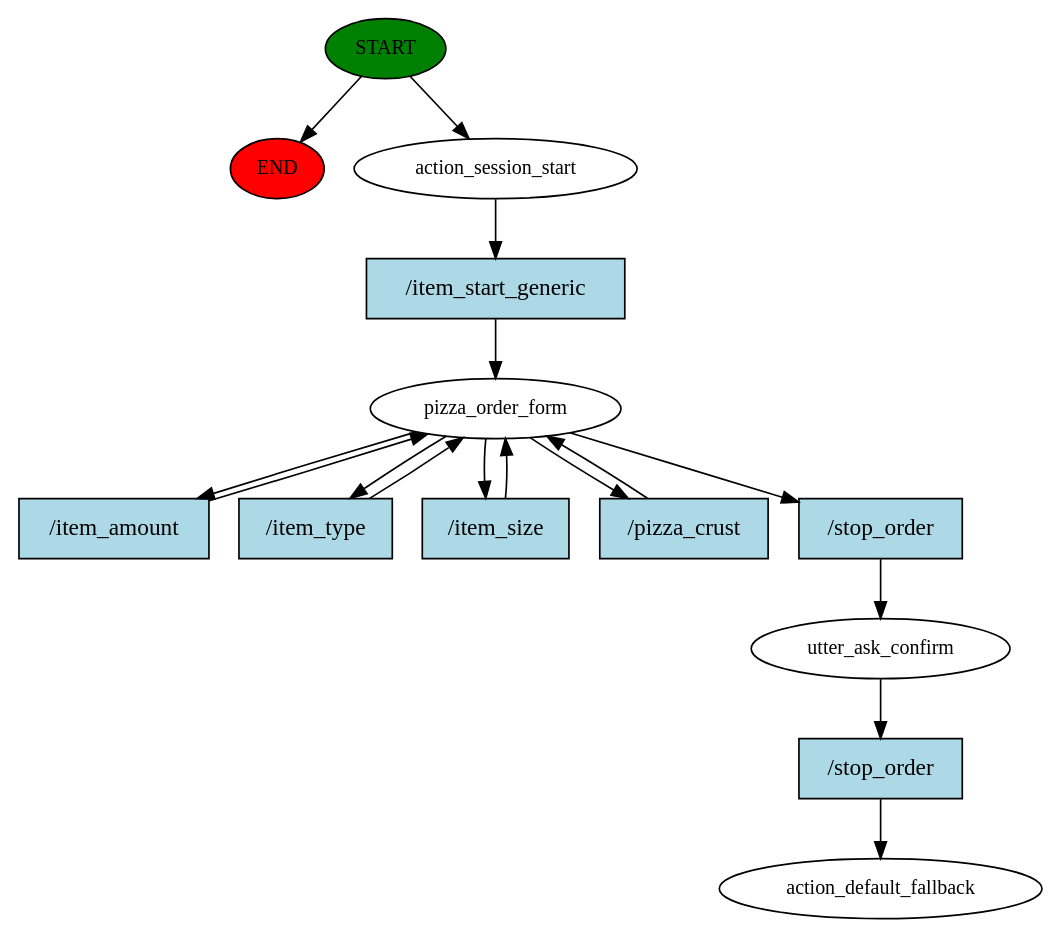
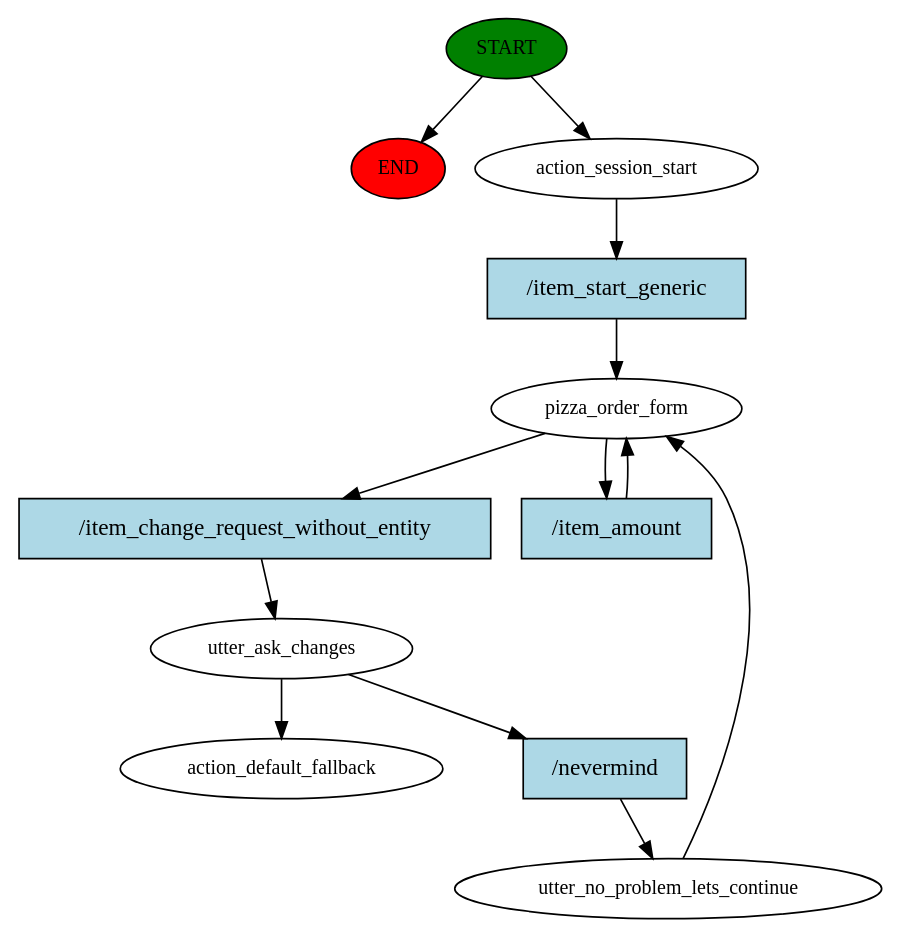
The diagram in story_graph.dot (ericsua/PizzaBot), drawn with Graphviz before and after one commit. The commit also changed 9 other files, not shown here.

```diff
--- a/story_graph.dot
+++ b/story_graph.dot
@@ -1,31 +1,25 @@
 digraph  {
 0 [class="start active", fillcolor=green, fontsize=12, label=START, style=filled];
 "-1" [class=end, fillcolor=red, fontsize=12, label=END, style=filled];
 1 [class=active, fontsize=12, label=action_session_start];
 2 [class=active, fontsize=12, label=pizza_order_form];
-7 [class=active, fontsize=12, label=utter_ask_confirm];
+3 [class=active, fontsize=12, label=utter_ask_changes];
+4 [class=active, fontsize=12, label=utter_no_problem_lets_continue];
 8 [class="dashed active", fontsize=12, label=action_default_fallback];
 9 [class="intent active", fillcolor=lightblue, label="/item_start_generic", shape=rect, style=filled];
-10 [class="intent active", fillcolor=lightblue, label="/item_amount", shape=rect, style=filled];
-11 [class="intent active", fillcolor=lightblue, label="/item_type", shape=rect, style=filled];
-12 [class="intent active", fillcolor=lightblue, label="/item_size", shape=rect, style=filled];
-13 [class="intent active", fillcolor=lightblue, label="/pizza_crust", shape=rect, style=filled];
-14 [class="intent active", fillcolor=lightblue, label="/stop_order", shape=rect, style=filled];
-15 [class="intent active", fillcolor=lightblue, label="/stop_order", shape=rect, style=filled];
+10 [class="intent active", fillcolor=lightblue, label="/item_change_request_without_entity", shape=rect, style=filled];
+11 [class="intent active", fillcolor=lightblue, label="/item_amount", shape=rect, style=filled];
+12 [class="intent active", fillcolor=lightblue, label="/nevermind", shape=rect, style=filled];
 0 -> "-1"  [class="", key=NONE, label=""];
 0 -> 1  [class=active, key=NONE, label=""];
 1 -> 9  [class=active, key=0];
 2 -> 10  [class=active, key=0];
 2 -> 11  [class=active, key=0];
-2 -> 12  [class=active, key=0];
-2 -> 13  [class=active, key=0];
-2 -> 14  [class=active, key=0];
-7 -> 15  [class=active, key=0];
+3 -> 8  [class=active, key=NONE, label=""];
+3 -> 12  [class=active, key=0];
+4 -> 2  [class=active, key=NONE, label=""];
 9 -> 2  [class=active, key=0];
-10 -> 2  [class=active, key=0];
+10 -> 3  [class=active, key=0];
 11 -> 2  [class=active, key=0];
-12 -> 2  [class=active, key=0];
-13 -> 2  [class=active, key=0];
-14 -> 7  [class=active, key=0];
-15 -> 8  [class=active, key=0];
+12 -> 4  [class=active, key=0];
 }
```
